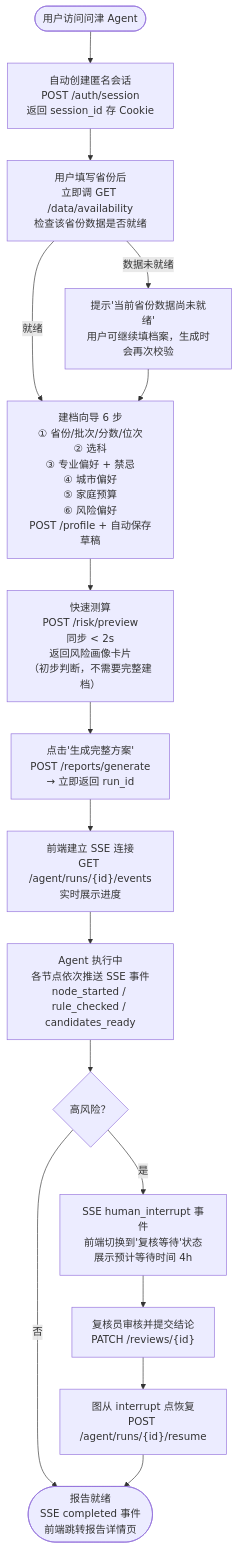
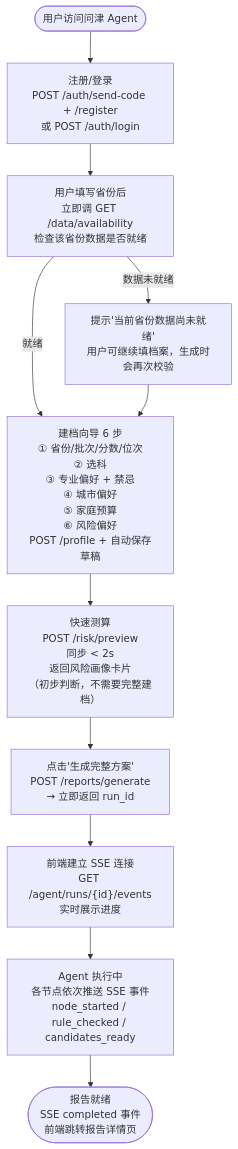
The first of 6 diagrams in backend/docs/05_business_flows.md (debugzhao/jin-guide), drawn with Mermaid before and after one commit. The commit also changed other lines of this file and 14 other files, not shown here.

````diff
--- a/backend/docs/05_business_flows.md
+++ b/backend/docs/05_business_flows.md
@@ -19,29 +21,22 @@
 ```mermaid
 flowchart TD
     START(["用户访问问津 Agent"])
-    --> ANON["自动创建匿名会话\nPOST /auth/session\n返回 session_id 存 Cookie"]
-
-    ANON --> CHECK_DATA["用户填写省份后\n立即调 GET /data/availability\n检查该省份数据是否就绪"]
+    --> LOGIN["注册/登录\nPOST /auth/send-code + /register\n或 POST /auth/login"]
+    LOGIN --> CHECK_DATA["用户填写省份后\n立即调 GET /data/availability\n检查该省份数据是否就绪"]
     CHECK_DATA -- "数据未就绪" --> WARN["提示'当前省份数据尚未就绪'\n用户可继续填档案，生成时会再次校验"]
     CHECK_DATA -- "就绪" --> PROFILE_WIZARD
 
     WARN --> PROFILE_WIZARD
 
     PROFILE_WIZARD["建档向导 6 步\n① 省份/批次/分数/位次\n② 选科\n③ 专业偏好 + 禁忌\n④ 城市偏好\n⑤ 家庭预算\n⑥ 风险偏好\nPOST /profile + 自动保存草稿"]
 
     PROFILE_WIZARD --> RISK_PREVIEW["快速测算\nPOST /risk/preview\n同步 < 2s\n返回风险画像卡片\n（初步判断，不需要完整建档）"]
 
     RISK_PREVIEW --> GENERATE["点击'生成完整方案'\nPOST /reports/generate\n→ 立即返回 run_id"]
 
     GENERATE --> SSE["前端建立 SSE 连接\nGET /agent/runs/{id}/events\n实时展示进度"]
 
     SSE --> AGENT_RUNNING["Agent 执行中\n各节点依次推送 SSE 事件\nnode_started / rule_checked / candidates_ready"]
 
-    AGENT_RUNNING --> HITL_CHECK{"高风险？"}
-    HITL_CHECK -- "否" --> REPORT_READY(["报告就绪\nSSE completed 事件\n前端跳转报告详情页"])
-    HITL_CHECK -- "是" --> HITL_WAIT["SSE human_interrupt 事件\n前端切换到'复核等待'状态\n展示预计等待时间 4h"]
-
-    HITL_WAIT --> REVIEWER_SUBMIT["复核员审核并提交结论\nPATCH /reviews/{id}"]
-    REVIEWER_SUBMIT --> RESUME["图从 interrupt 点恢复\nPOST /agent/runs/{id}/resume"]
-    RESUME --> REPORT_READY
+    AGENT_RUNNING --> REPORT_READY(["报告就绪\nSSE completed 事件\n前端跳转报告详情页"])
 ```
````
